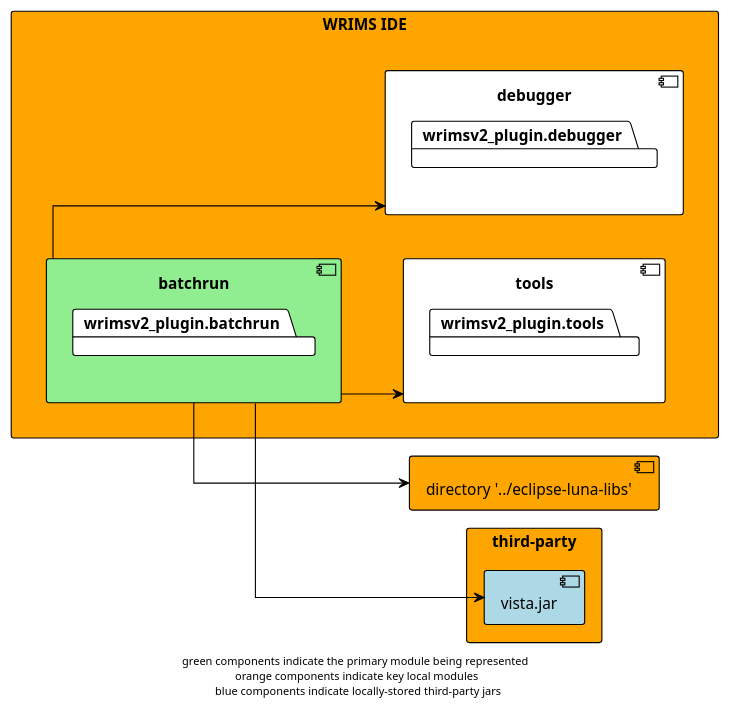
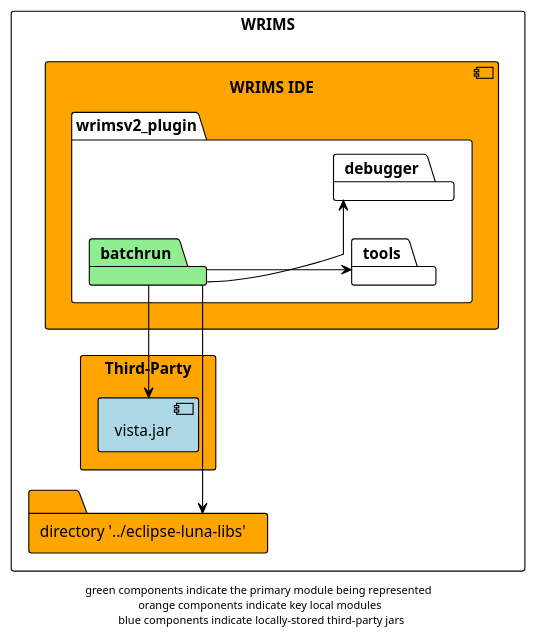
The diagram in docs/diagrams/wrims-ide/wrims-ide_batchrun.plantuml (CentralValleyModeling/wrims), drawn with PlantUML before and after one commit. The commit also changed 63 other files, not shown here.

Commit message:
updated diagrams for improved consistency and legibility

```diff
--- a/docs/diagrams/wrims-ide/wrims-ide_batchrun.plantuml
+++ b/docs/diagrams/wrims-ide/wrims-ide_batchrun.plantuml
@@ -1,30 +1,28 @@
 @startuml
 
 !theme plain
 left to right direction
 skinparam linetype ortho
 
-rectangle wrims-ide as "WRIMS IDE" #orange {
-    component batchrun #lightgreen {
-        package wrimsv2_plugin.batchrun
+rectangle WRIMS {
+    component wrims-ide as "WRIMS IDE" #orange {
+        package wrimsv2_plugin {
+            package batchrun #lightgreen
+            package tools
+            package debugger
+        }
     }
-    component tools {
-        package wrimsv2_plugin.tools
-    }
-    component debugger {
-        package wrimsv2_plugin.debugger
+
+    folder luna_libs as "directory '../eclipse-luna-libs'" #orange
+    rectangle Third-Party #orange {
+        component vista as "vista.jar" #lightblue
     }
 }
 
-component luna_libs as "directory '../eclipse-luna-libs'" #orange
-rectangle third-party #orange {
-    component vista as "vista.jar" #lightblue
-}
-
-batchrun -down-> luna_libs
-batchrun -down-> vista
+batchrun -r-> luna_libs
+batchrun -l-> vista
 batchrun -down-> tools
 batchrun -down-> debugger
 
 footer "green components indicate the primary module being represented \n orange components indicate key local modules \n blue components indicate locally-stored third-party jars"
 @enduml
```
